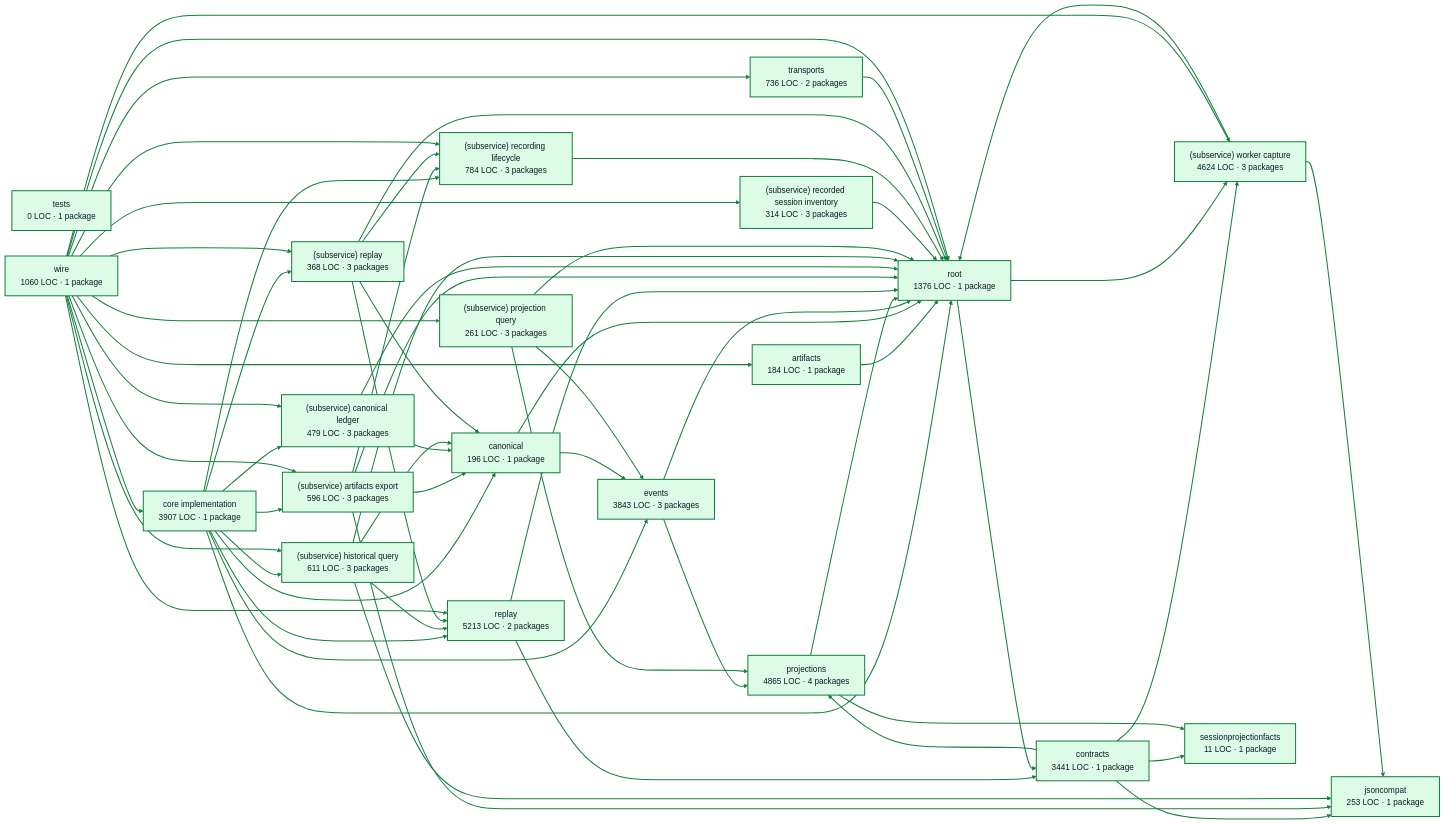
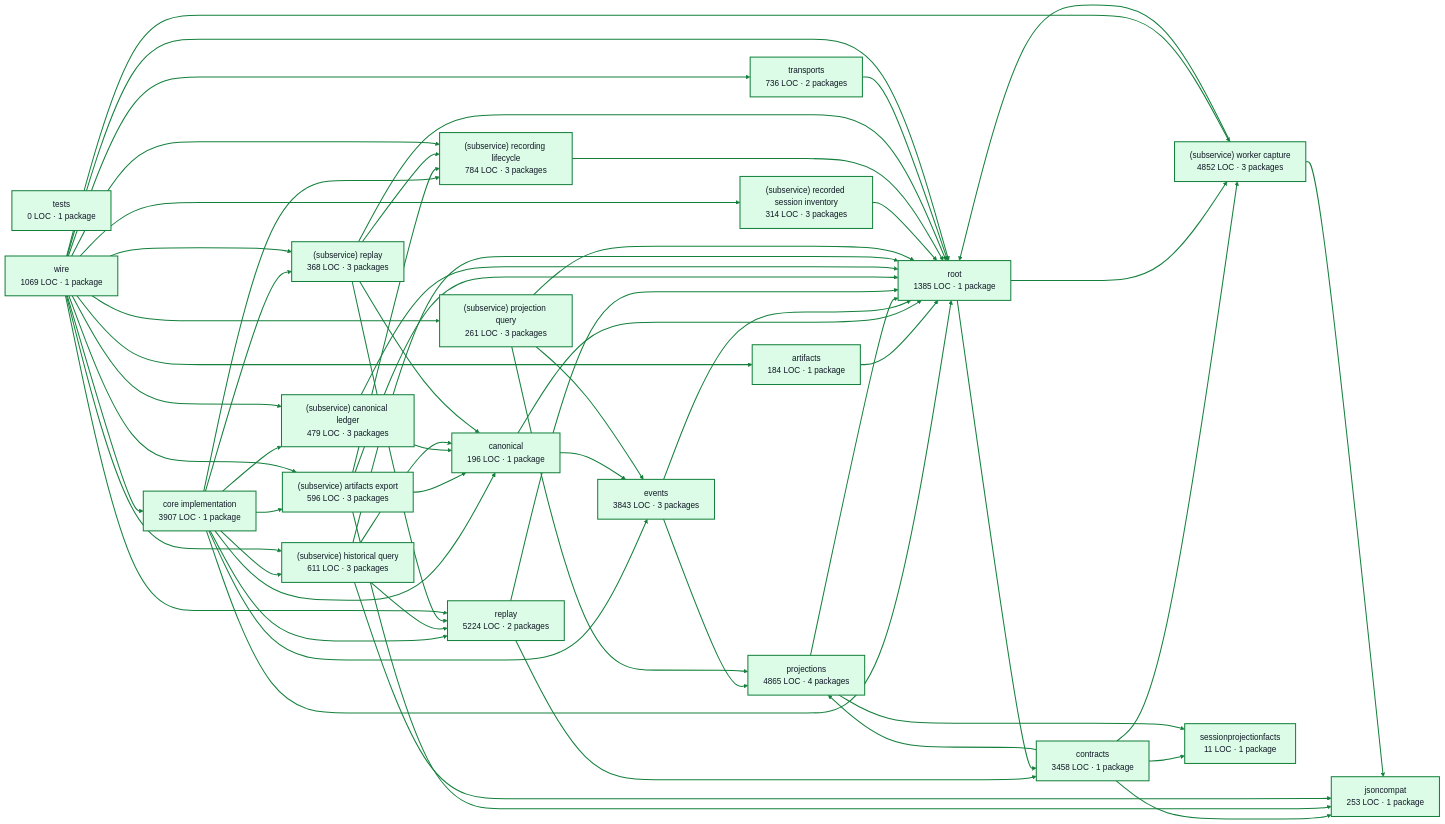
Before and after one commit to portpowered/you-agent-factory: the diagram in docs/architecture/visualizations/services/recordings.md, drawn with Mermaid (forest theme). The commit also changed other lines of this file and 20 other files, not shown here.

Commit message:
docs: refresh backend architecture visualizations

```diff
--- a/docs/architecture/visualizations/services/recordings.md
+++ b/docs/architecture/visualizations/services/recordings.md
@@ -13,11 +13,11 @@
   p0["core implementation<br/>3907 LOC · 1 package"]
   p1["artifacts<br/>184 LOC · 1 package"]
   p2["canonical<br/>196 LOC · 1 package"]
-  p3["contracts<br/>3441 LOC · 1 package"]
+  p3["contracts<br/>3458 LOC · 1 package"]
   p4["events<br/>3843 LOC · 3 packages"]
   p5["jsoncompat<br/>253 LOC · 1 package"]
   p6["projections<br/>4865 LOC · 4 packages"]
-  p7["replay<br/>5213 LOC · 2 packages"]
+  p7["replay<br/>5224 LOC · 2 packages"]
   p8["(subservice) artifacts export<br/>596 LOC · 3 packages"]
   p9["(subservice) canonical ledger<br/>479 LOC · 3 packages"]
   p10["(subservice) historical query<br/>611 LOC · 3 packages"]
@@ -25,12 +25,12 @@
   p12["(subservice) recorded session inventory<br/>314 LOC · 3 packages"]
   p13["(subservice) recording lifecycle<br/>784 LOC · 3 packages"]
   p14["(subservice) replay<br/>368 LOC · 3 packages"]
-  p15["(subservice) worker capture<br/>4624 LOC · 3 packages"]
+  p15["(subservice) worker capture<br/>4852 LOC · 3 packages"]
   p16["sessionprojectionfacts<br/>11 LOC · 1 package"]
   p17["tests<br/>0 LOC · 1 package"]
-  p18["root<br/>1376 LOC · 1 package"]
+  p18["root<br/>1385 LOC · 1 package"]
   p19["transports<br/>736 LOC · 2 packages"]
-  p20["wire<br/>1060 LOC · 1 package"]
+  p20["wire<br/>1069 LOC · 1 package"]
   p0 --> p2
   p0 --> p4
   p0 --> p7
```
